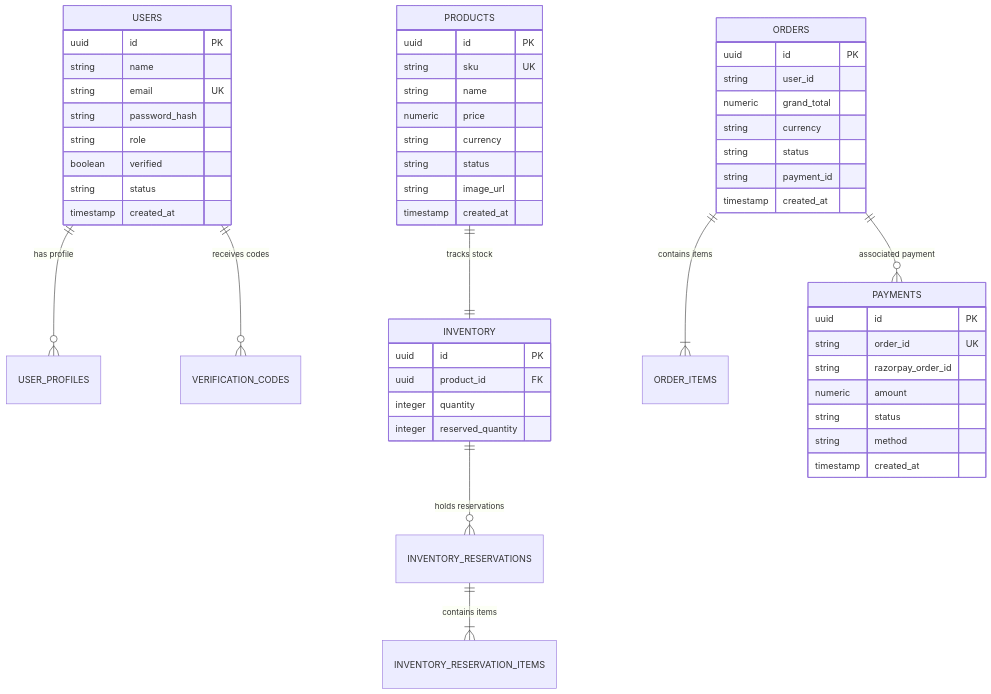
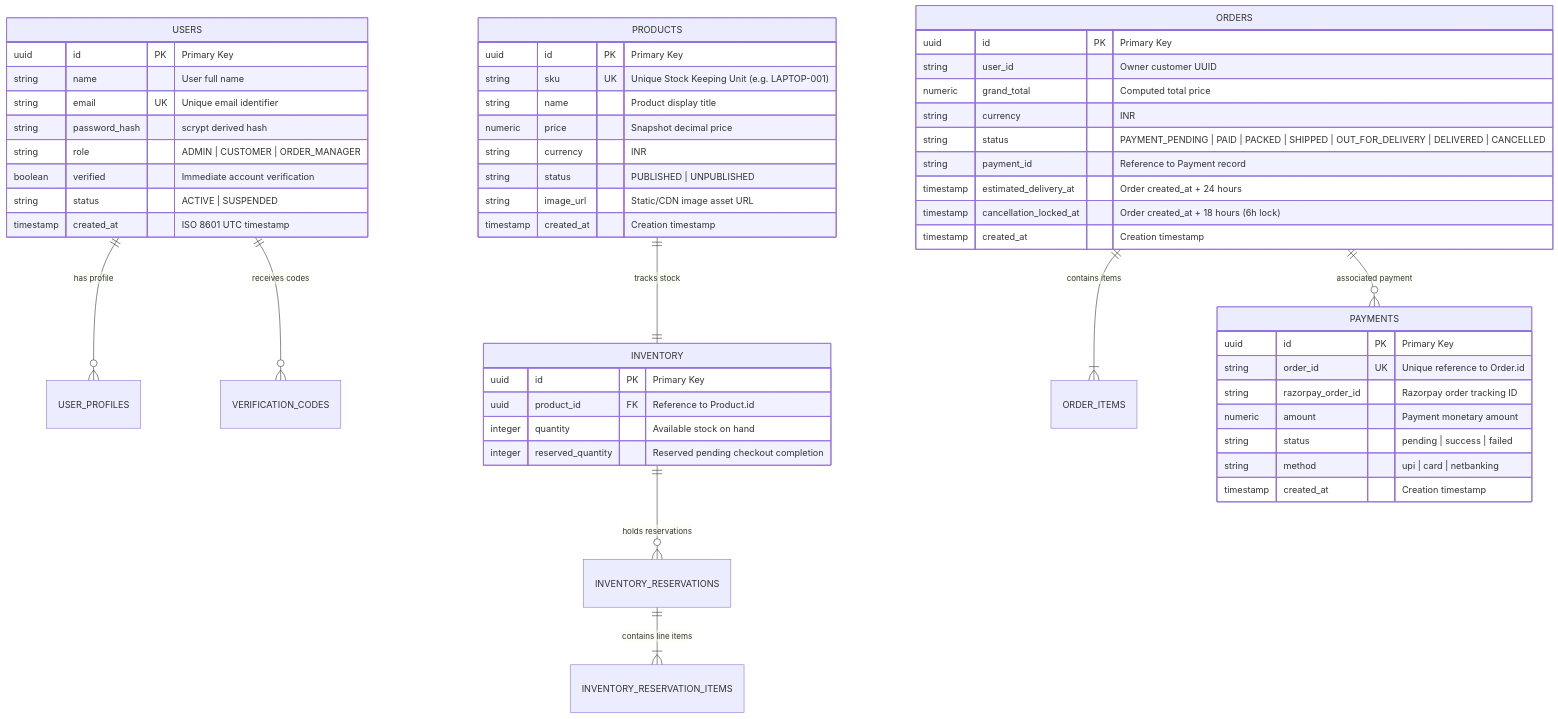
One commit to Jayantha1028/Ecommerce-Microservices-site changed the fourth of 4 diagrams in doc/README.md. Above: the diagram before and after it, drawn with Mermaid. The commit also changed other lines of this file, not shown here.

````diff
--- a/doc/README.md
+++ b/doc/README.md
@@ -175,59 +182,63 @@
 ```mermaid
 erDiagram
     USERS ||--o{ USER_PROFILES : "has profile"
     USERS ||--o{ VERIFICATION_CODES : "receives codes"
+    
     PRODUCTS ||--|| INVENTORY : "tracks stock"
     INVENTORY ||--o{ INVENTORY_RESERVATIONS : "holds reservations"
-    INVENTORY_RESERVATIONS ||--|{ INVENTORY_RESERVATION_ITEMS : "contains items"
+    INVENTORY_RESERVATIONS ||--|{ INVENTORY_RESERVATION_ITEMS : "contains line items"
+
     ORDERS ||--|{ ORDER_ITEMS : "contains items"
     ORDERS ||--o{ PAYMENTS : "associated payment"
 
     USERS {
-        uuid id PK
-        string name
-        string email UK
-        string password_hash
-        string role
-        boolean verified
-        string status
-        timestamp created_at
+        uuid id PK "Primary Key"
+        string name "User full name"
+        string email UK "Unique email identifier"
+        string password_hash "scrypt derived hash"
+        string role "ADMIN | CUSTOMER | ORDER_MANAGER"
+        boolean verified "Immediate account verification"
+        string status "ACTIVE | SUSPENDED"
+        timestamp created_at "ISO 8601 UTC timestamp"
     }
 
     PRODUCTS {
-        uuid id PK
-        string sku UK
-        string name
-        numeric price
-        string currency
-        string status
-        string image_url
-        timestamp created_at
+        uuid id PK "Primary Key"
+        string sku UK "Unique Stock Keeping Unit (e.g. LAPTOP-001)"
+        string name "Product display title"
+        numeric price "Snapshot decimal price"
+        string currency "INR"
+        string status "PUBLISHED | UNPUBLISHED"
+        string image_url "Static/CDN image asset URL"
+        timestamp created_at "Creation timestamp"
     }
 
     INVENTORY {
-        uuid id PK
-        uuid product_id FK
-        integer quantity
-        integer reserved_quantity
+        uuid id PK "Primary Key"
+        uuid product_id FK "Reference to Product.id"
+        integer quantity "Available stock on hand"
+        integer reserved_quantity "Reserved pending checkout completion"
     }
 
     ORDERS {
-        uuid id PK
-        string user_id
-        numeric grand_total
-        string currency
-        string status
-        string payment_id
-        timestamp created_at
+        uuid id PK "Primary Key"
+        string user_id "Owner customer UUID"
+        numeric grand_total "Computed total price"
+        string currency "INR"
+        string status "PAYMENT_PENDING | PAID | PACKED | SHIPPED | OUT_FOR_DELIVERY | DELIVERED | CANCELLED"
+        string payment_id "Reference to Payment record"
+        timestamp estimated_delivery_at "Order created_at + 24 hours"
+        timestamp cancellation_locked_at "Order created_at + 18 hours (6h lock)"
+        timestamp created_at "Creation timestamp"
     }
 
     PAYMENTS {
-        uuid id PK
-        string order_id UK
-        string razorpay_order_id
-        numeric amount
-        string status
-        string method
-        timestamp created_at
+        uuid id PK "Primary Key"
+        string order_id UK "Unique reference to Order.id"
+        string razorpay_order_id "Razorpay order tracking ID"
+        numeric amount "Payment monetary amount"
+        string status "pending | success | failed"
+        string method "upi | card | netbanking"
+        timestamp created_at "Creation timestamp"
     }
 ```
````
